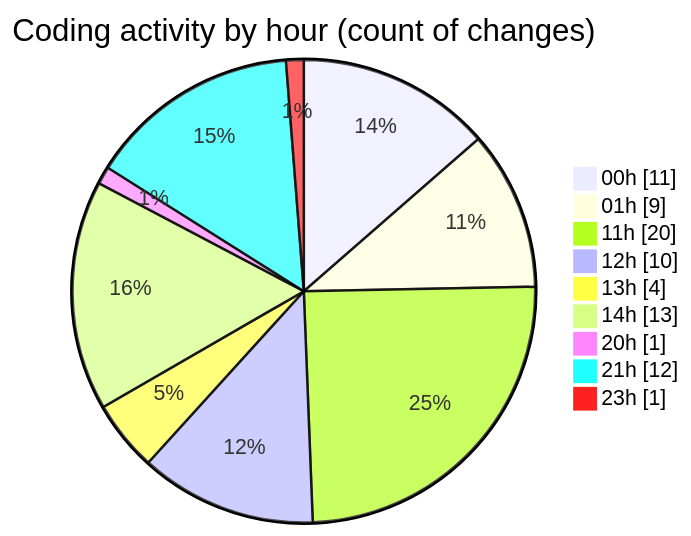
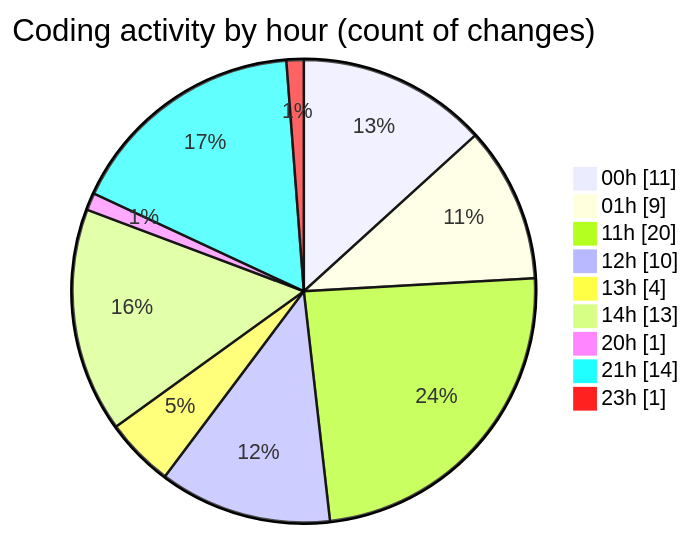
The second of 2 diagrams in 2025-07-18/nhahang/README.md (lephambinh05/code-tracking), drawn with Mermaid before and after one commit. The commit also changed other lines of this file and 1 other file, not shown here.

````diff
--- a/2025-07-18/nhahang/README.md
+++ b/2025-07-18/nhahang/README.md
@@ -55,13 +55,13 @@
 ```mermaid
 pie showData
 title Coding activity by hour (count of changes)
 "00h" : 11
 "01h" : 9
 "11h" : 20
 "12h" : 10
 "13h" : 4
 "14h" : 13
 "20h" : 1
-"21h" : 12
+"21h" : 14
 "23h" : 1
 ```
````
